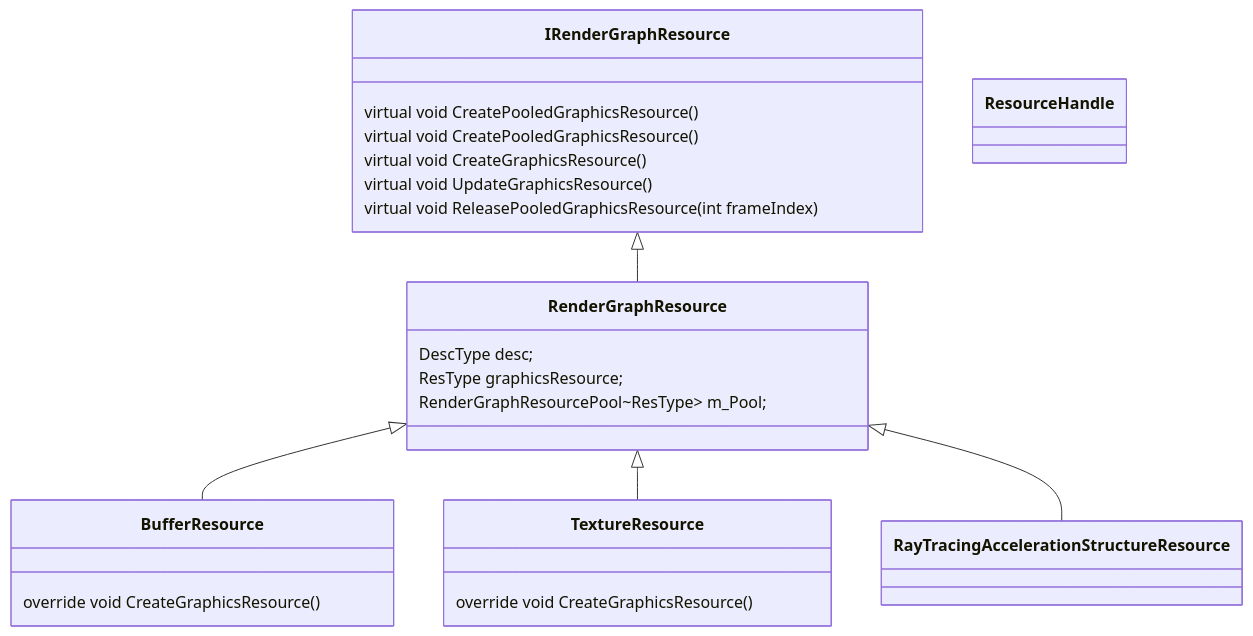
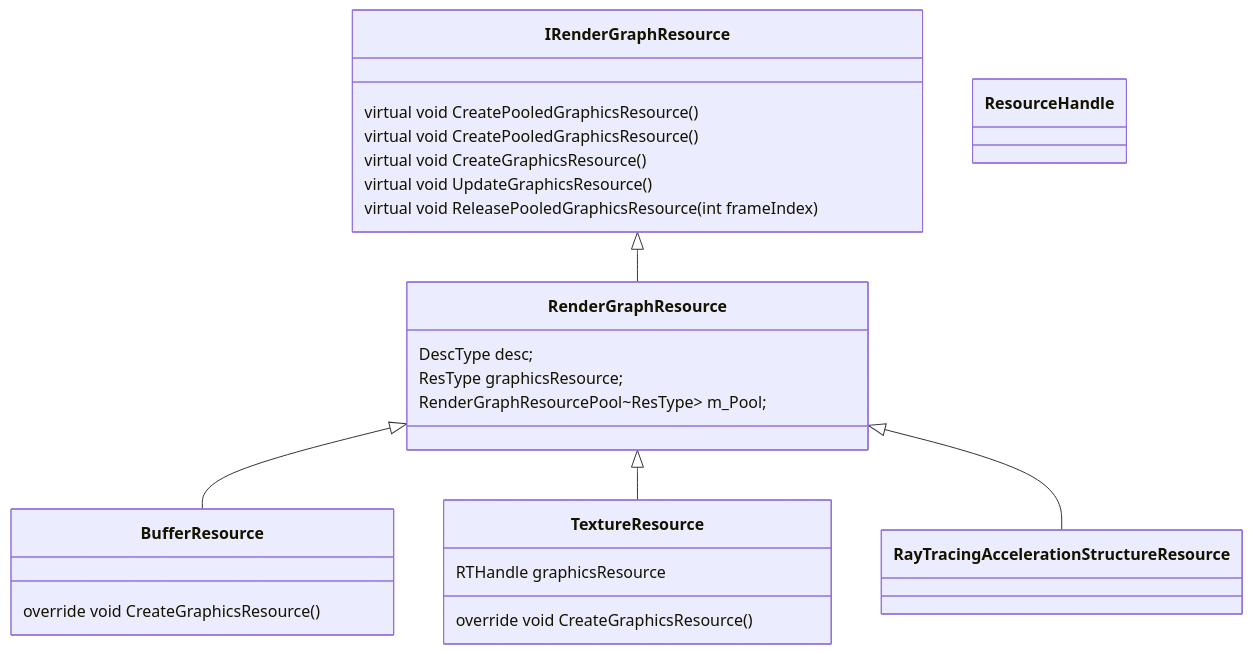
One commit to sherererlock/Document changed the first of 7 diagrams in Yotta/URP中的Render Graph.md. Above: the diagram before and after it, drawn with Mermaid. The commit also changed 1 other file, not shown here.

Commit message:
提交文档

````diff
--- a/Yotta/URP中的Render Graph.md
+++ b/Yotta/URP中的Render Graph.md
@@ -5,36 +5,37 @@
 ```mermaid
 classDiagram
 class IRenderGraphResource{
 	virtual void CreatePooledGraphicsResource()
 	virtual void CreatePooledGraphicsResource()
 	virtual void CreateGraphicsResource()
 	virtual void UpdateGraphicsResource()
 	virtual void ReleasePooledGraphicsResource(int frameIndex)
 }
 
 IRenderGraphResource <|-- RenderGraphResource
 
 class RenderGraphResource{
 	DescType desc;
 	ResType graphicsResource;
 	RenderGraphResourcePool~ResType> m_Pool;
 }
 
 RenderGraphResource <|-- BufferResource
 RenderGraphResource <|-- TextureResource
 RenderGraphResource <|-- RayTracingAccelerationStructureResource
 
 class TextureResource{
 	override void CreateGraphicsResource()
+	RTHandle graphicsResource
 }
 
 class BufferResource{
 	override void CreateGraphicsResource()
 }
 
 class ResourceHandle{
 	
 }
 
 
 ```
````
